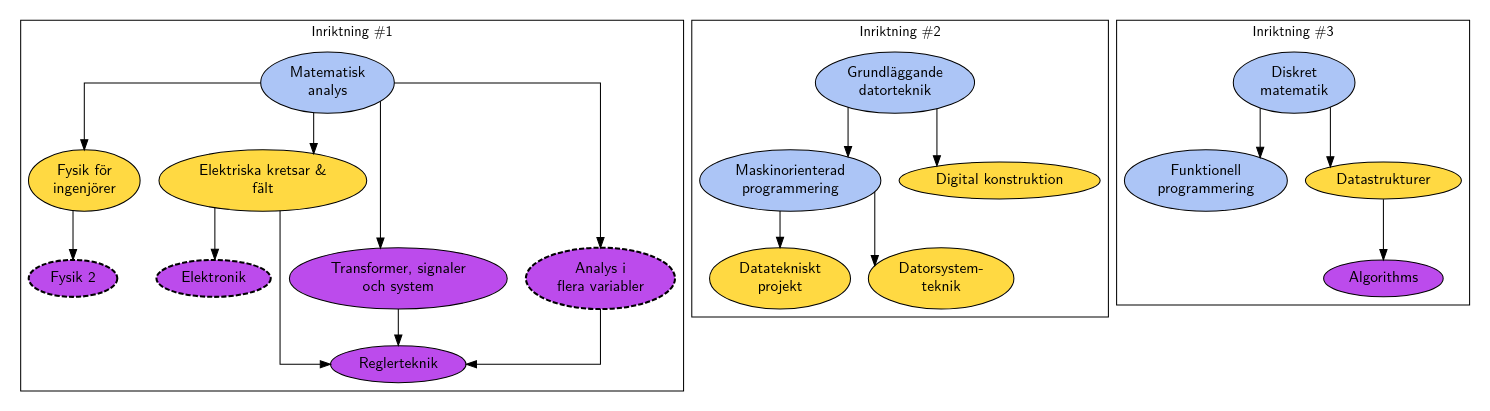
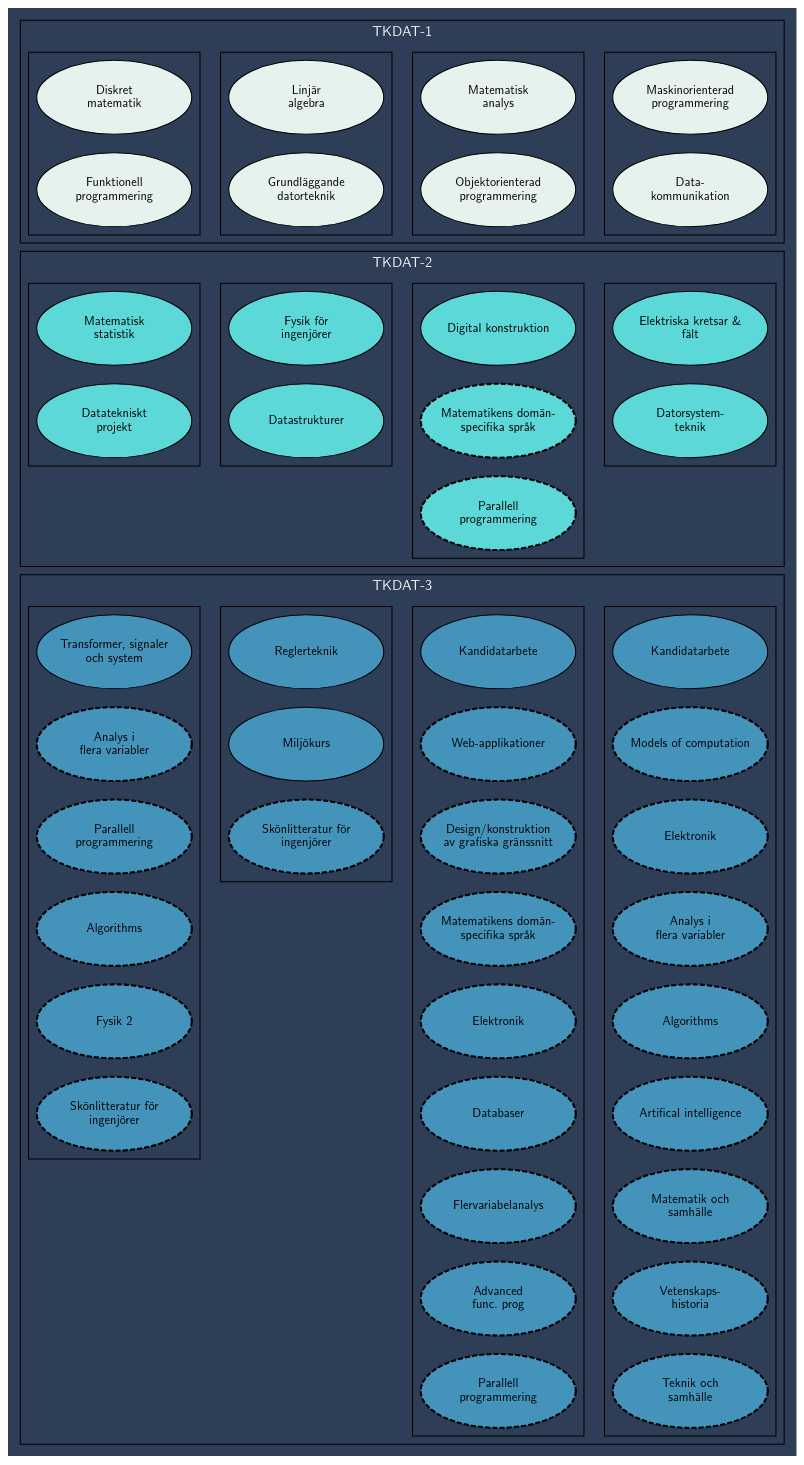
Before and after one commit to alundb/DNS-interaktiv-kursgraf: the diagram in test.dot, drawn with Graphviz. The commit also changed 8 other files, not shown here.

```diff
--- a/test.dot
+++ b/test.dot
@@ -1,21 +1,22 @@
 digraph {
 	//rankdir=TB
 	clusterrank = local
-	ratio=auto
+	ratio=fill
+	  bgcolor = "#2e3e56"
 	//graph[margin="1,1"]
 	//ranksep = 1
-	rankdir = TB
+	rankdir = LR
+	node [height=1, width = 2.1]
 	//graph [layout = neato            ]
 	//edge[sametail=t1];
 	//node [headport=sw];
 	//nodesep=0.05
 	//K=10
-	//[splines="ortho", overlap = false]
-	graph [splines="ortho", overlap = prism];
+	graph [splines=ortho, overlap = false];
 	//overlap=prism;
 	//arrowsize=10.0
 	//splines=true
-	node [fontname="Latin Modern Sans", fontsize=15]
+	node [fontname="Latin Modern Sans", fontsize=12]
 	fontname="Latin Modern Sans"
 
 	node [style="solid,filled"]
@@ -38,108 +39,221 @@
 	// 		Obligatorisk [style="solid"]
 	// }
 
+	subgraph cluster_3 {
+		node [fillcolor = "#4493bb"]
+
+		subgraph cluster_3_4 {
+			kandidat_3_4 [label = "Kandidatarbete"]
+			node [style="dashed, filled", penwidth=2]
+			models   [label = "Models of computation"]
+			elektronik_3_4 [label="Elektronik"]
+			flervar_3_4    [label = "Analys i\nflera variabler"]
+			algoritmer_3_4 [label = "Algorithms"]
+			ai       [label = "Artifical intelligence"]
+
+			kandidat_3_4 -> models -> elektronik_3_4 ->
+			flervar_3_4 -> algoritmer_3_4 -> ai [constraint=false,style=invis]
+			matsam [label = "Matematik och\nsamhälle"]
+			vethis [label = "Vetenskaps-\nhistoria"]
+			teksam [label = "Teknik och\nsamhälle"]
+
+				matsam -> vethis -> teksam [constraint=false,style=invis]
+			 //ai -> matsam  [constraint=false,style=invis];
+		}
+		subgraph cluster_3_3 {
+			kandidat_3_3 [label = "Kandidatarbete"]
+			node [style="dashed, filled", penwidth=2]
+			web        [label = "Web-applikationer"]
+			deskonstr  [label = "Design/konstruktion\nav grafiska gränssnitt"]
+			matdom_3_3     [label = "Matematikens domän-\nspecifika språk"]
+			elektronik_3_3 [label="Elektronik"]
+			databas    [label="Databaser"]
+			flervar_3_3    [label = "Flervariabelanalys"]
+			advFunc  [label = "Advanced\nfunc. prog"]
+			concurrent_3_3 [label = "Parallell\nprogrammering"]
+
+			kandidat_3_3 -> web -> deskonstr -> matdom_3_3 ->
+			elektronik_3_3 -> databas -> flervar_3_3 -> advFunc
+			-> concurrent_3_3 [constraint=false,style=invis]
+		}
+		subgraph cluster_3_2 {
+			regler   [label = "Reglerteknik"]
+			barsaft  [label = "Miljökurs"]
+			node 		[style="dashed, filled", penwidth=2]
+			skon     [label = "Skönlitteratur för \ningenjörer"]
+
+			regler -> barsaft -> skon [constraint=false,style = invis]
+		}
+
+		subgraph cluster_3_1 {
+			tss     	 [label = "Transformer, signaler\noch system"]
+			node 	[style="dashed, filled", penwidth=2]
+			flervar_3_1    [label = "Analys i\nflera variabler"]
+			concurrent_3_1 [label = "Parallell\nprogrammering"]
+			algoritmer_3_1 [label = "Algorithms"]
+			fysik2     [label = "Fysik 2"]
+			skon3_1     [label = "Skönlitteratur för \ningenjörer"]
+			tss -> flervar_3_1 -> concurrent_3_1 -> fysik2 ->
+			skon3_1  -> algoritmer_3_1 [constraint=false,style = invis]
+
+		}
+		tss -> regler ->kandidat_3_3 -> kandidat_3_4 [style = invis]
+		fontcolor = "#EEEEEE";
+		label = "TKDAT-3"
+	//			XXX -> XXX -> XXX -> XXX -> XXX -> XXX
+	//		XXX -> XXX -> XXX -> XXX -> XXX -> XXX
+	}
 
 
-	subgraph toMPSYS {
+	subgraph cluster_2 {
+		node [fillcolor="#5dd8d8"]
+		subgraph cluster_2_4 {
+			el       [label = "Elektriska kretsar &\nfält"]
+			dst      [label = "Datorsystem-\nteknik"]}
+		subgraph cluster_2_3 {
+			syntes   [label = "Digital konstruktion"]
+			node [style="dashed, filled", penwidth=2]
+			matdom     [label = "Matematikens domän-\nspecifika språk"]
+			concurrent [label = "Parallell\nprogrammering"]}
+		subgraph cluster_2_2 {
+			fysik    [label = "Fysik för\ningenjörer"]
+			dstrukt  [label = "Datastrukturer"]}
+		subgraph cluster_2_1 {
+			matstat  [label = "Matematisk\nstatistik"]
+			dtekproj [label = "Datatekniskt\nprojekt"]}
+		fontcolor = "#EEEEEE";
+		label = "TKDAT-2"
+		matstat -> dtekproj 		[constraint=false,style = invis]
+		fysik   -> dstrukt  		[constraint=false,style = invis]
+		syntes  -> matdom   		[constraint=false,style = invis]
+		matdom  -> concurrent 	[constraint=false,style = invis]
+		el      -> dst 					[constraint=false,style = invis]
+
+		matstat -> fysik -> syntes -> el [style = invis]
+	}
+
+	subgraph cluster_1 {
+	//	rank = same
+			node [fillcolor="#e6f2ee"]
+			subgraph cluster_1_4 {
+
+				mop      [label = "Maskinorienterad\nprogrammering"]
+				datakom  [label = "Data-\nkommunikation"]}
+			subgraph cluster_1_3 {
+				analys   [label = "Matematisk\nanalys"]
+				oop      [label = "Objektorienterad\nprogrammering"]}
+			subgraph cluster_1_2 {
+				linalg   [label = "Linjär\nalgebra"]
+				digodat  [label = "Grundläggande\ndatorteknik"]}
+			subgraph cluster_1_1 {
+				diskmat  [label = "Diskret\nmatematik"]
+				haskell  [label = "Funktionell\nprogrammering"]}
+			fontcolor = "#EEEEEE";
+			label = "TKDAT-1"
+			diskmat -> haskell [constraint=false,style = invis]
+			linalg  -> digodat [constraint=false,style = invis]
+			analys  -> oop     [constraint=false,style = invis]
+			mop     -> datakom [constraint=false,style = invis]
+
+			diskmat -> linalg -> analys -> mop  [style = invis]
+	}
 
 
+	compound=true
+	 haskell -> matstat  [ltail=cluster_1,lhead=cluster_2, constraint = false,style = invis]
+	 digodat -> fysik    [ltail=cluster_1,lhead=cluster_2, constraint = false,style = invis]
+	 oop -> syntes       [ltail=cluster_1,lhead=cluster_2, constraint = false,style = invis]
 
-			//linalg   [label = "Linjär\nalgebra"]
-			// analys   [label = "Matematisk\nanalys"]
-      // //matstat  [label = "Matematisk\nstatistik"]
-			// fysik    [label = "Fysik för\ningenjörer"]
-			// el       [label = "Elektriska kretsar &\nfält"]
-			// //matdom   [label = "Matematikens domän-\nspecifika språk"]
-			//
-			// tss      [label = "Transformer, signaler\noch system"]
-			// regler   [label = "Reglerteknik"]
-			// flervar    [label = "Analys i\nflera variabler"]
-			// elektronik [label="Elektronik"]
-			// fysik2     [label = "Fysik 2"]
-// node [style=filled];
+	 dtekproj -> tss     [ltail=cluster_2,lhead=cluster_3, constraint = false,style = invis]
+	 dstrukt  -> regler  [ltail=cluster_2,lhead=cluster_3, constraint = false,style = invis]
+	 concurrent -> kandidat_3_3  [ltail=cluster_2,lhead=cluster_3,constraint = false,style = invis]
+	 dst ->   kandidat_3_4 [ltail=cluster_2,lhead=cluster_3,constraint = false,style = invis]
+	 //oop -> syntes
+	 //datakom -> el
 
-// 			label = "process #1";
-//
-// 			color=blue;
+	 //concurrent -> kandidat_3_3
 
-}
 
-subgraph cluster_1 {
-	//	linalg   [label = "Linjär\nalgebra"]
-	//matstat  [label = "Matematisk\nstatistik"]
-
-	//matdom   [label = "Matematikens domän-\nspecifika språk"]
-
-	node [fillcolor="#ACC5F6"]
-	analys   [label = "Matematisk\nanalys"]
-	node [fillcolor="#FFD942"]
-	fysik    [label = "Fysik för\ningenjörer"]
-	el       [label = "Elektriska kretsar &\nfält"]
-	node [fillcolor="#BC4BEC"]
-	tss      [label = "Transformer, signaler\noch system"]
-	regler   [label = "Reglerteknik"]
-	subgraph {
-			node [style="dashed, filled", penwidth=2]
-			elektronik [label="Elektronik"]
-			flervar    [label = "Analys i\nflera variabler"]
-			fysik2     [label = "Fysik 2"]
-	}
-	node [style=filled];
-				analys -> fysik
-				 			    fysik -> fysik2
-				analys -> el -> elektronik
-									el -> regler
-				analys -> flervar [minlen = 2]
-									flervar -> regler
-				analys -> tss [minlen = 2]
-									tss -> regler
-	label = "Inriktning #1";
-	//color=blue
-}
-
-subgraph cluster_2 {
-	subgraph TKDAT1 {
-		node [fillcolor="#ACC5F6"]
-		digodat  [label = "Grundläggande\ndatorteknik"]
-		mop      [label = "Maskinorienterad\nprogrammering"]
-	}
-	subgraph TKDAT2 {
-		node [fillcolor="#FFD942"]
-		dtekproj [label = "Datatekniskt\nprojekt"]
-		syntes   [label = "Digital konstruktion"]
-		dst      [ label = "Datorsystem-\nteknik"]
-	}
-		node [style=filled];
-		digodat -> syntes
-		digodat -> mop
-							 mop -> dst
-							 mop -> dtekproj
-label = "Inriktning #2";
-}
-
-subgraph cluster_3 {
-	subgraph TKDAT1 {
-		node [fillcolor="#ACC5F6"]
-		haskell  [label = "Funktionell\nprogrammering"]
-		diskmat  [label = "Diskret\nmatematik"]
-	}
-	subgraph TKDAT2 {
-		node [fillcolor="#FFD942"]
-		dstrukt  [label = "Datastrukturer"]
-	}
-	node [fillcolor="#BC4BEC"]
-	algoritmer [label = "Algorithms"]
-
-		node [style=filled];
-diskmat -> haskell
-diskmat -> dstrukt
-dstrukt -> algoritmer
-label = "Inriktning #3";
-
-}
+	 //concurrent -> kandidat_3_3  [ltail=cluster_1,lhead=cluster_3];
 
 
 
 
 
+
+//}
+
+
+	// node [fillcolor="#ACC5F6"]
+	// analys   [label = "Matematisk\nanalys"]
+	// node [fillcolor="#FFD942"]
+	// fysik    [label = "Fysik för\ningenjörer"]
+	// el       [label = "Elektriska kretsar &\nfält"]
+	// node [fillcolor="#BC4BEC"]
+	// tss      [label = "Transformer, signaler\noch system"]
+	// regler   [label = "Reglerteknik"]
+	// subgraph cluster_1_1 {
+	// 		node [style="dashed, filled", penwidth=2]
+	// 		elektronik [label="Elektronik"]
+	// 		flervar    [label = "Analys i\nflera variabler"]
+	// 		fysik2     [label = "Fysik 2"]
+	// }
+	// node [style=filled];
+	// 			analys -> fysik
+	// 			 			    fysik -> fysik2
+	// 			analys -> el -> elektronik
+	// 								el -> regler
+	// 			analys -> flervar [minlen = 2]
+	// 								flervar -> regler
+	// 			analys -> tss [minlen = 2]
+	// 								tss -> regler
+// 	// label = "Inriktning #1";
+// 	// //color=blue
+// }
+//
+// subgraph cluster_2 {
+// 	subgraph TKDAT1 {
+// 		node [fillcolor="#ACC5F6"]
+// 		digodat  [label = "Grundläggande\ndatorteknik"]
+// 		mop      [label = "Maskinorienterad\nprogrammering"]
+// 	}
+// 	subgraph TKDAT2 {
+// 		node [fillcolor="#FFD942"]
+// 		dtekproj [label = "Datatekniskt\nprojekt"]
+// 		syntes   [label = "Digital konstruktion"]
+// 		dst      [ label = "Datorsystem-\nteknik"]
+// 	}
+// 		node [style=filled];
+// 		digodat -> syntes
+// 		digodat -> mop
+// 							 mop -> dst
+// 							 mop -> dtekproj
+// label = "Inriktning #2";
+// }
+//
+// subgraph cluster_3 {
+// 	subgraph TKDAT1 {
+// 		node [fillcolor="#ACC5F6"]
+// 		haskell  [label = "Funktionell\nprogrammering"]
+// 		diskmat  [label = "Diskret\nmatematik"]
+// 	}
+// 	subgraph TKDAT2 {
+// 		node [fillcolor="#FFD942"]
+// 		dstrukt  [label = "Datastrukturer"]
+// 	}
+// 	node [fillcolor="#BC4BEC"]
+// 	algoritmer [label = "Algorithms"]
+//
+// 		node [style=filled];
+// diskmat -> haskell
+// diskmat -> dstrukt
+// dstrukt -> algoritmer
+// label = "Inriktning #3";
+//
+// }
+//
+
+
+
+
 }
```
